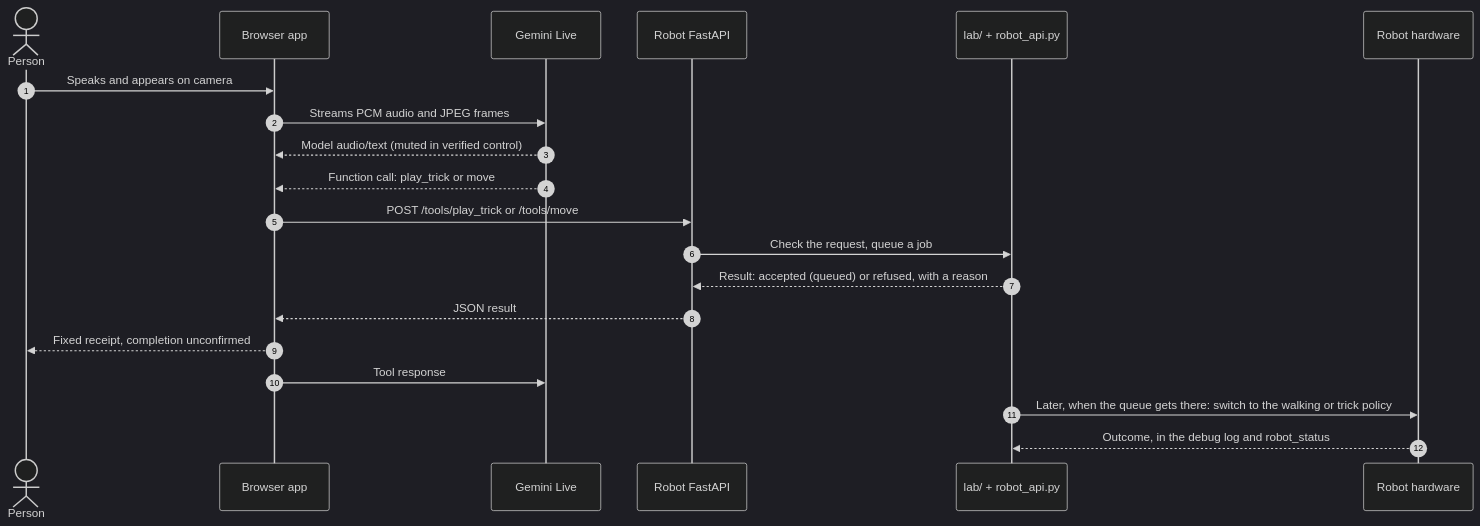
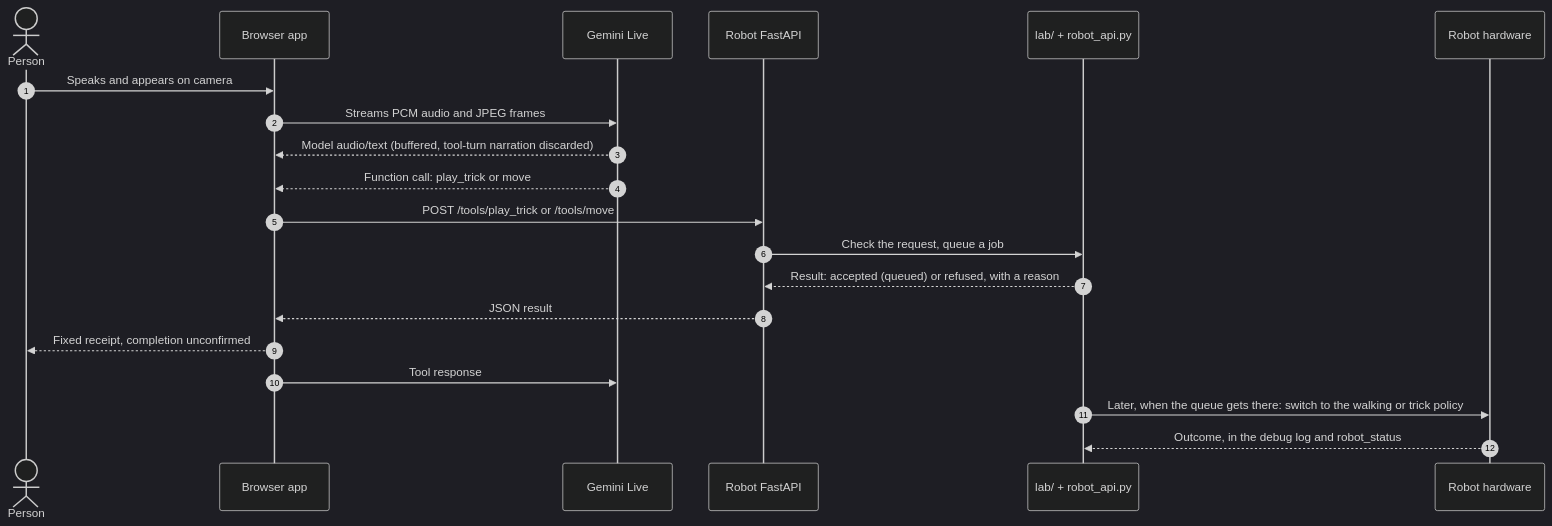
One commit to ShrishPremkrishna/mts_123 changed the second of 4 diagrams in gemini_pupper/docs/architecture.md. Above: the diagram before and after it, drawn with Mermaid (dark theme). The commit also changed other lines of this file and 21 other files, not shown here.

Commit message:
Restore conversation and control together with turn-gated receipts

````diff
--- a/gemini_pupper/docs/architecture.md
+++ b/gemini_pupper/docs/architecture.md
@@ -80,24 +81,24 @@
 ```mermaid
 sequenceDiagram
     autonumber
     actor Person
     participant Browser as Browser app
     participant Gemini as Gemini Live
     participant RobotAPI as Robot FastAPI
     participant ROS as lab/ + robot_api.py
     participant Pupper as Robot hardware
 
     Person->>Browser: Speaks and appears on camera
     Browser->>Gemini: Streams PCM audio and JPEG frames
-    Gemini-->>Browser: Model audio/text (muted in verified control)
+    Gemini-->>Browser: Model audio/text (buffered, tool-turn narration discarded)
 
     Gemini-->>Browser: Function call: play_trick or move
     Browser->>RobotAPI: POST /tools/play_trick or /tools/move
     RobotAPI->>ROS: Check the request, queue a job
     ROS-->>RobotAPI: Result: accepted (queued) or refused, with a reason
     RobotAPI-->>Browser: JSON result
     Browser-->>Person: Fixed receipt, completion unconfirmed
     Browser->>Gemini: Tool response
     ROS->>Pupper: Later, when the queue gets there: switch to the walking or trick policy
     Pupper-->>ROS: Outcome, in the debug log and robot_status
 ```
````
